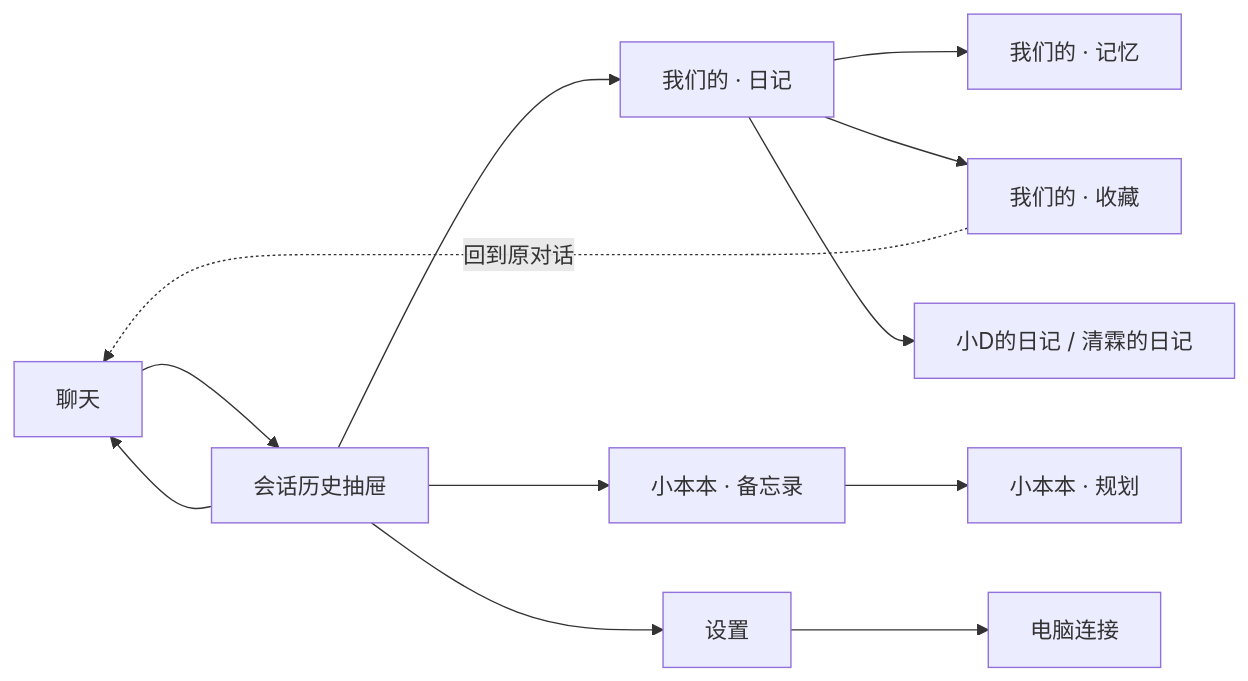
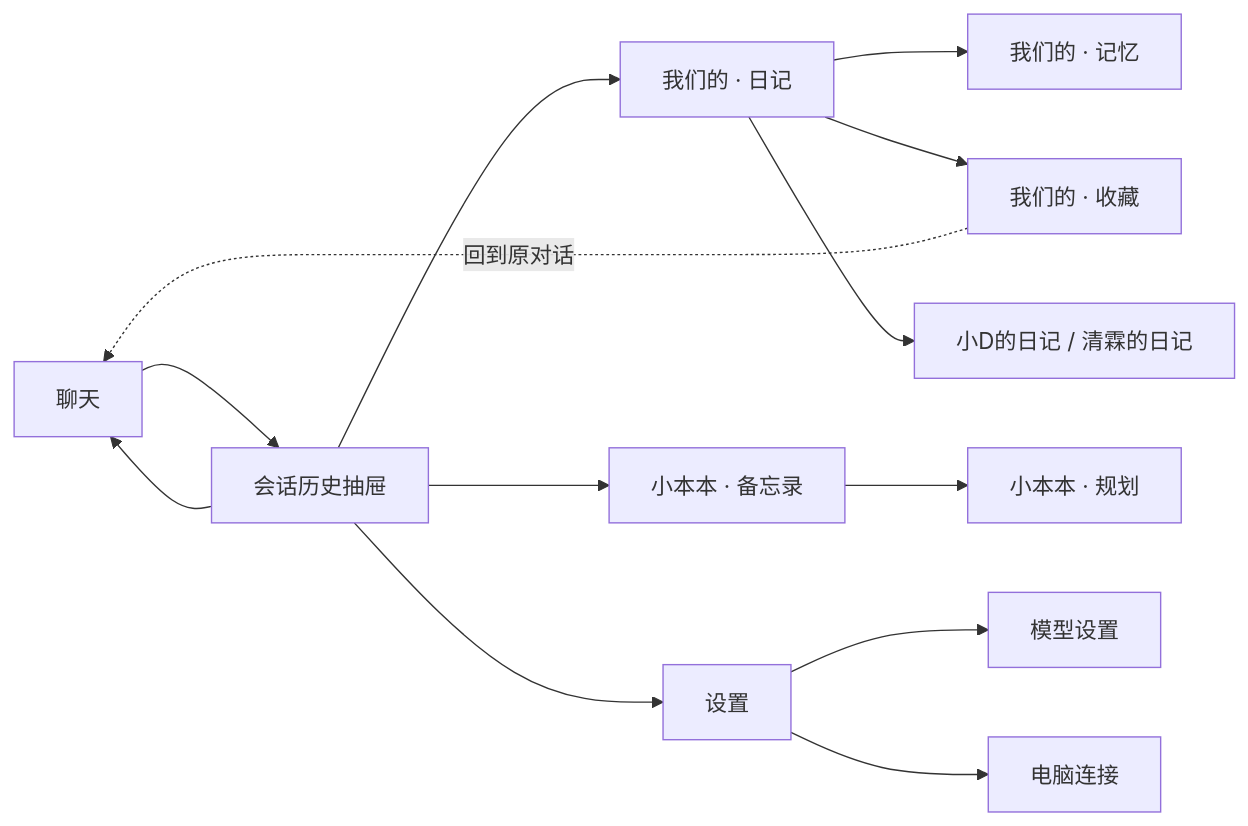
Before and after one commit to yufeiyyf24-coder/home: the diagram in INTERACTION.md, drawn with Mermaid. The commit also changed other lines of this file and 3 other files, not shown here.

````diff
--- a/INTERACTION.md
+++ b/INTERACTION.md
@@ -7,14 +7,15 @@
 ```mermaid
 flowchart LR
   Chat[聊天] --> Drawer[会话历史抽屉]
   Drawer --> Chat
   Drawer --> Diary[我们的 · 日记]
   Drawer --> Notes[小本本 · 备忘录]
   Drawer --> Settings[设置]
   Diary --> Memory[我们的 · 记忆]
   Diary --> Favorites[我们的 · 收藏]
   Notes --> Plan[小本本 · 规划]
+  Settings --> ModelSettings[模型设置]
   Settings --> Connection[电脑连接]
   Diary --> Single[小D的日记 / 清霖的日记]
   Favorites -. 回到原对话 .-> Chat
 ```
````
